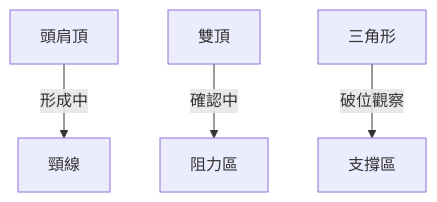
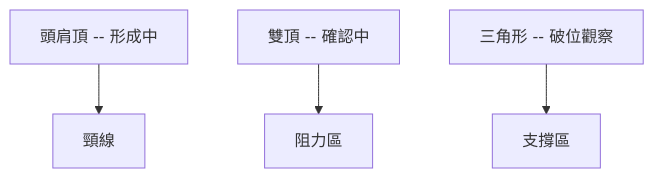
Before and after one commit to yennanliu/finance_data: the fourth of 11 diagrams in ai_gen_report/stock/pltr/technical_analysis_2026-04-01_openai.md, drawn with Mermaid. The commit also changed other lines of this file and 2258 other files, not shown here.

First line of the commit message:
chore: backfill Mermaid syntax repair across existing reports

````diff
--- a/ai_gen_report/stock/pltr/technical_analysis_2026-04-01_openai.md
+++ b/ai_gen_report/stock/pltr/technical_analysis_2026-04-01_openai.md
@@ -156,6 +156,6 @@
 ```mermaid
 graph TD
-    頭肩頂 -- 形成中 --> 頸線
-    雙頂 -- 確認中 --> 阻力區
-    三角形 -- 破位觀察 --> 支撐區
+    nb1["頭肩頂 -- 形成中"] --> 頸線
+    nb2["雙頂 -- 確認中"] --> 阻力區
+    nb3["三角形 -- 破位觀察"] --> 支撐區
 ```
````
